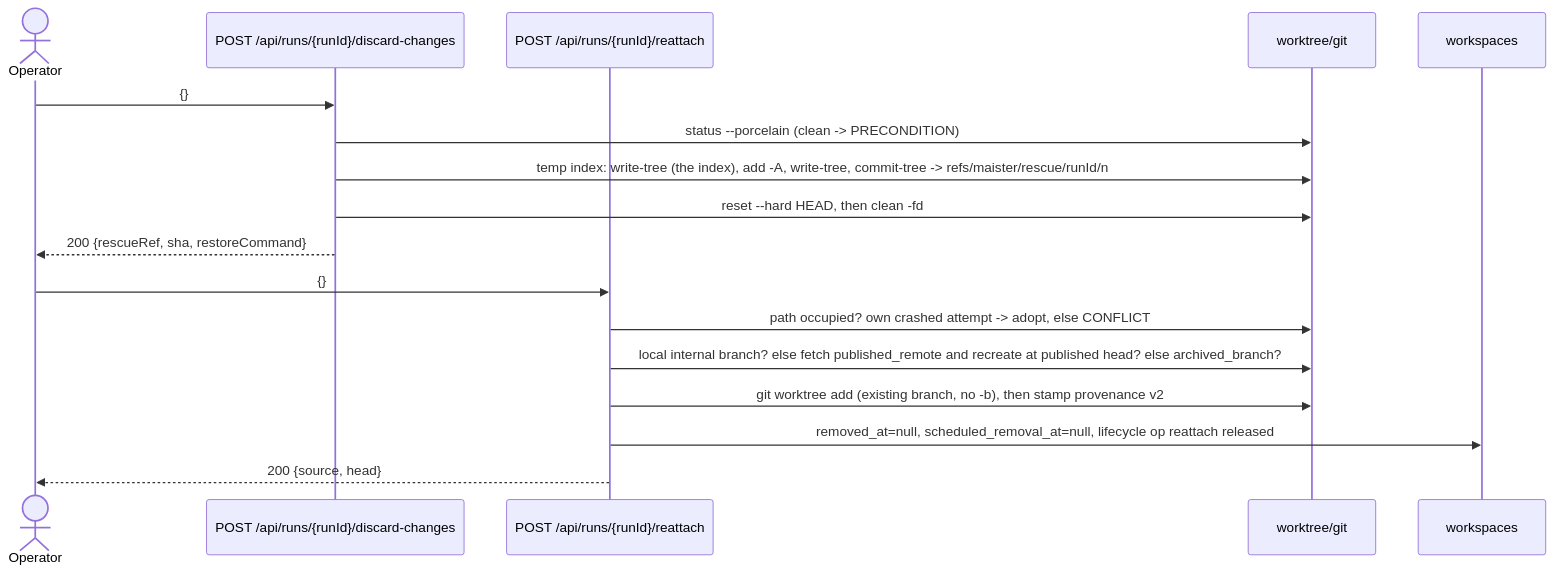
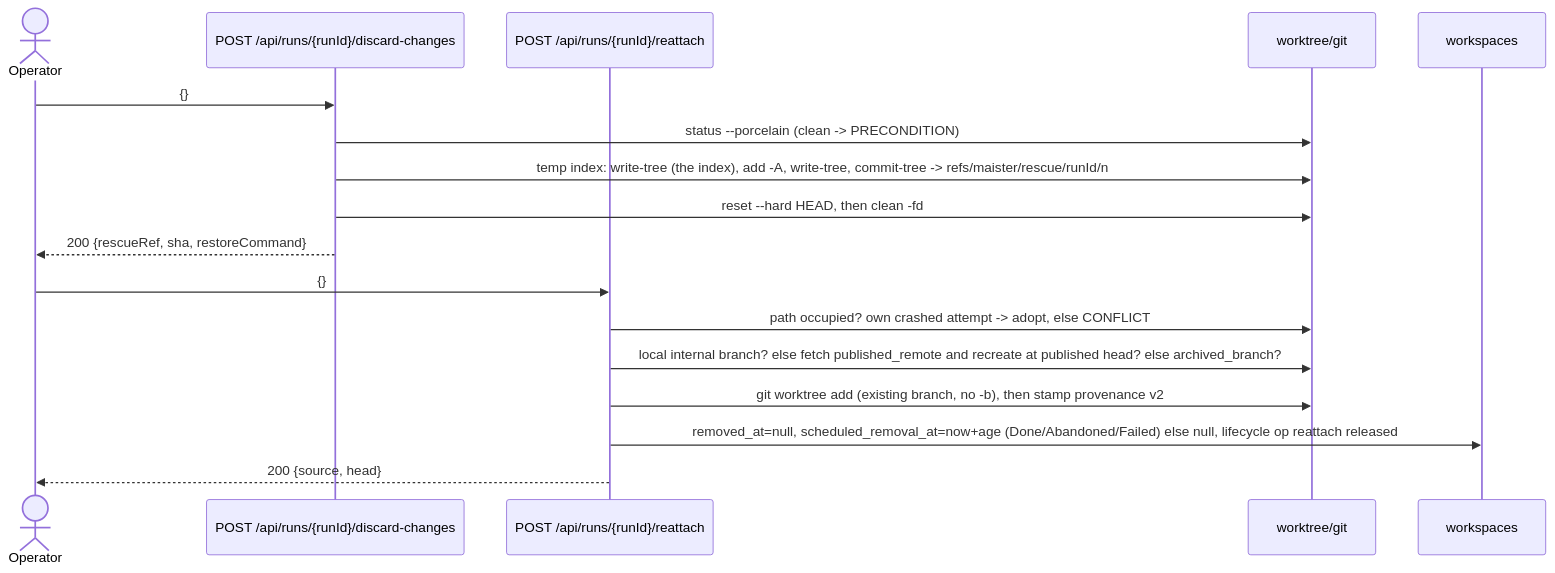
Before and after one commit to maister-dev/maister: the sixth of 6 diagrams in docs/system-analytics/workbench-git.md, drawn with Mermaid. The commit also changed other lines of this file and 5 other files, not shown here.

````diff
--- a/docs/system-analytics/workbench-git.md
+++ b/docs/system-analytics/workbench-git.md
@@ -236,19 +236,19 @@
 ```mermaid
 sequenceDiagram
     actor Op as Operator
     participant D as POST /api/runs/{runId}/discard-changes
     participant R as POST /api/runs/{runId}/reattach
     participant Git as worktree/git
     participant DB as workspaces
     Op->>D: {}
     D->>Git: status --porcelain (clean -> PRECONDITION)
     D->>Git: temp index: write-tree (the index), add -A, write-tree, commit-tree -> refs/maister/rescue/runId/n
     D->>Git: reset --hard HEAD, then clean -fd
     D-->>Op: 200 {rescueRef, sha, restoreCommand}
     Op->>R: {}
     R->>Git: path occupied? own crashed attempt -> adopt, else CONFLICT
     R->>Git: local internal branch? else fetch published_remote and recreate at published head? else archived_branch?
     R->>Git: git worktree add (existing branch, no -b), then stamp provenance v2
-    R->>DB: removed_at=null, scheduled_removal_at=null, lifecycle op reattach released
+    R->>DB: removed_at=null, scheduled_removal_at=now+age (Done/Abandoned/Failed) else null, lifecycle op reattach released
     R-->>Op: 200 {source, head}
 ```
````
